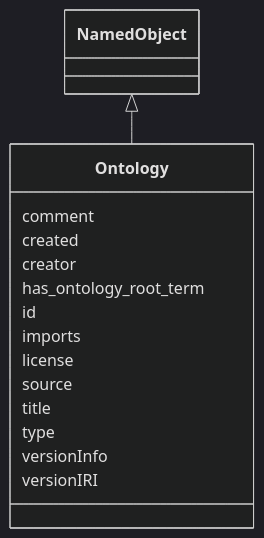
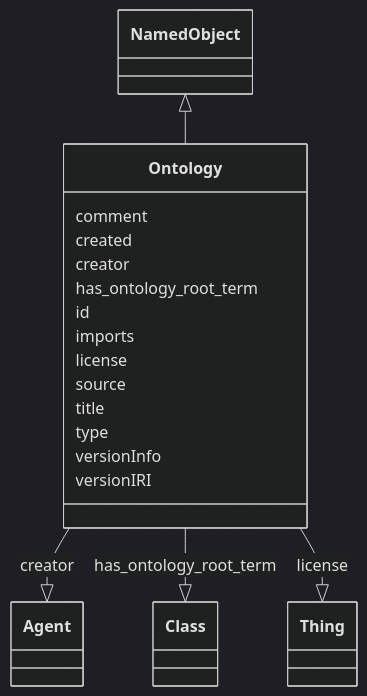
Before and after one commit to cthoyt/ontology-access-kit: the diagram in ontology-metadata/Ontology.md, drawn with Mermaid (dark theme). The commit also changed other lines of this file and 3287 other files, not shown here.

````diff
--- a/ontology-metadata/Ontology.md
+++ b/ontology-metadata/Ontology.md
@@ -11,19 +14,37 @@
 ```{mermaid}
  classDiagram
     class Ontology
       NamedObject <|-- Ontology
       
       Ontology : comment
+        
       Ontology : created
+        
       Ontology : creator
+        
+          Ontology --|> Agent : creator
+        
       Ontology : has_ontology_root_term
+        
+          Ontology --|> Class : has_ontology_root_term
+        
       Ontology : id
+        
       Ontology : imports
+        
       Ontology : license
+        
+          Ontology --|> Thing : license
+        
       Ontology : source
+        
       Ontology : title
+        
       Ontology : type
+        
       Ontology : versionInfo
+        
       Ontology : versionIRI
+        
       
 ```
````
